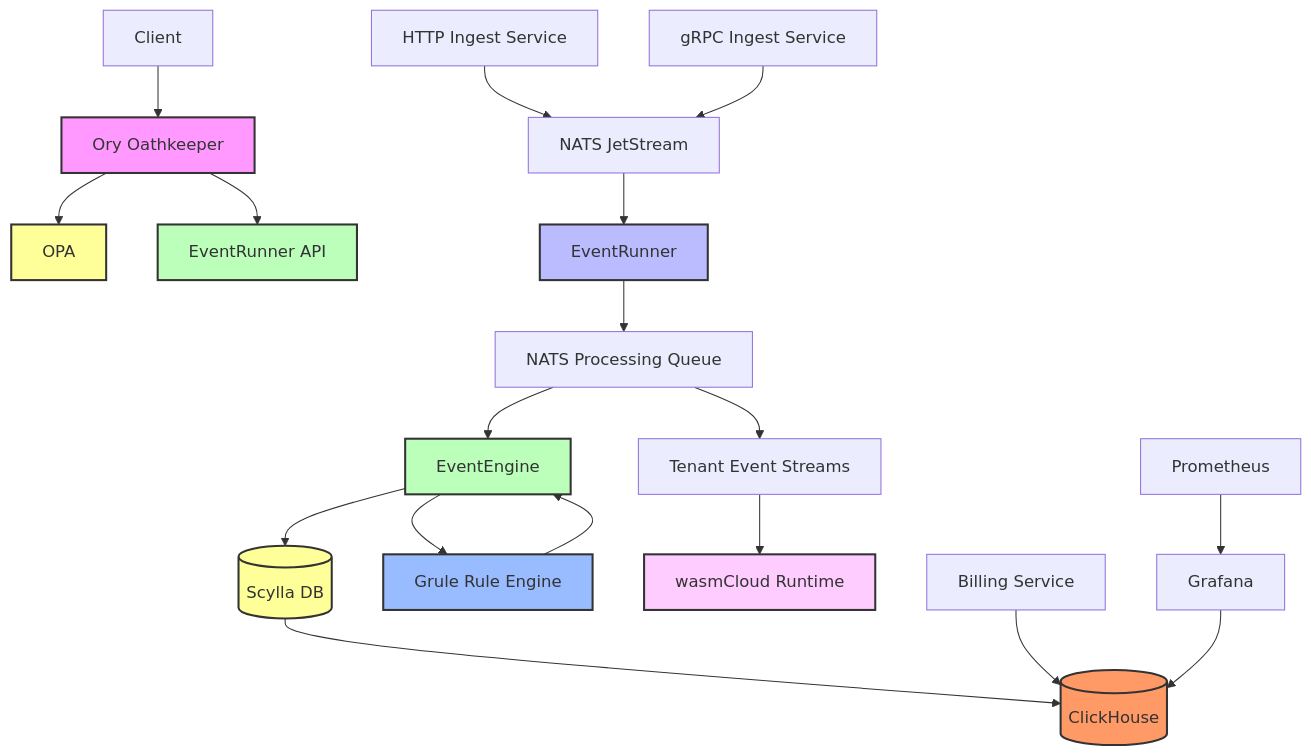
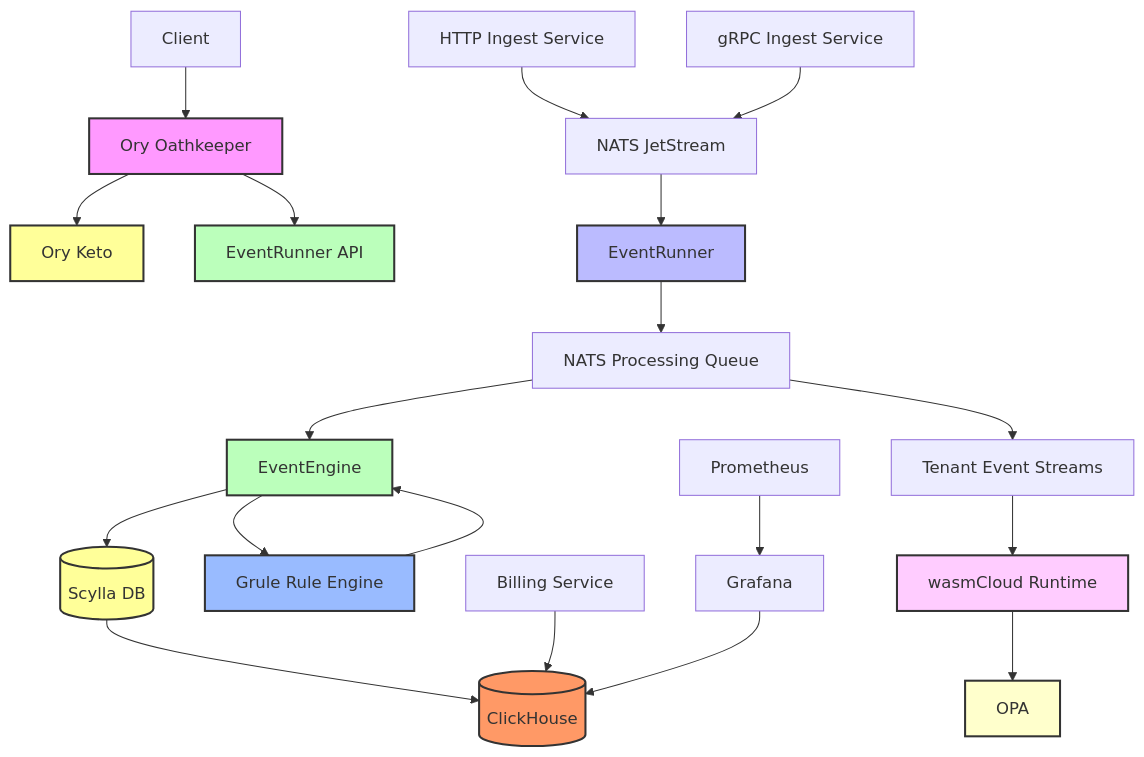
Before and after one commit to carverauto/eventrunner: the diagram in README.md, drawn with Mermaid. The commit also changed other lines of this file, not shown here.

````diff
--- a/README.md
+++ b/README.md
@@ -11,30 +11,32 @@
 ```mermaid
 graph TD
     A[Client] --> B[Ory Oathkeeper]
-    B --> C[OPA]
+    B --> C[Ory Keto]
     B --> D[EventRunner API]
     E[HTTP Ingest Service] --> F[NATS JetStream]
     G[gRPC Ingest Service] --> F
     F --> H[EventRunner]
     H --> I[NATS Processing Queue]
     I --> J[EventEngine]
     J --> K[(Scylla DB)]
     K --> L[(ClickHouse)]
     J --> M[Grule Rule Engine]
     M --> J
     I --> N[Tenant Event Streams]
     N --> O[wasmCloud Runtime]
-    P[Billing Service] --> L
-    Q[Grafana] --> L
-    R[Prometheus] --> Q
+    O --> P[OPA]
+    Q[Billing Service] --> L
+    R[Grafana] --> L
+    S[Prometheus] --> R
 
     style B fill:#f9f,stroke:#333,stroke-width:2px
     style C fill:#ff9,stroke:#333,stroke-width:2px
     style D fill:#bfb,stroke:#333,stroke-width:2px
     style H fill:#bbf,stroke:#333,stroke-width:2px
     style J fill:#bfb,stroke:#333,stroke-width:2px
     style K fill:#ff9,stroke:#333,stroke-width:2px
     style L fill:#f96,stroke:#333,stroke-width:2px
     style M fill:#9bf,stroke:#333,stroke-width:2px
     style O fill:#fcf,stroke:#333,stroke-width:2px
+    style P fill:#ffc,stroke:#333,stroke-width:2px
 ```
````
